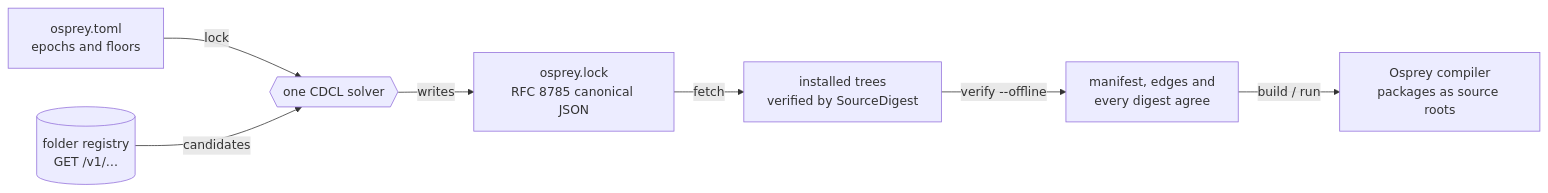
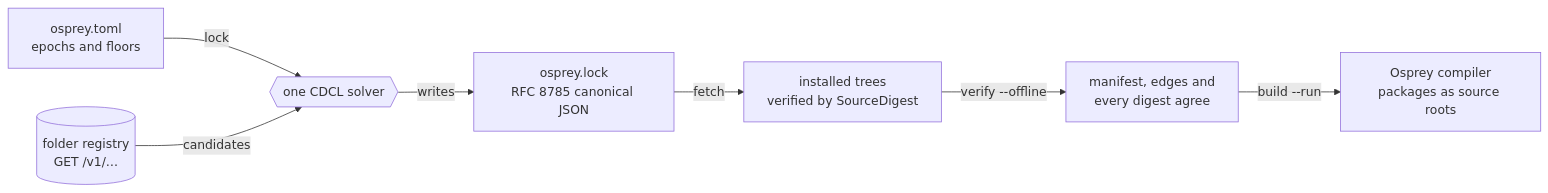
Before and after one commit to Nimblesite/osprey: the diagram in website/src/docs/package-manager.md, drawn with Mermaid. The commit also changed other lines of this file and 20 other files, not shown here.

````diff
--- a/website/src/docs/package-manager.md
+++ b/website/src/docs/package-manager.md
@@ -55,9 +55,9 @@
 ```mermaid
 flowchart LR
   M["osprey.toml<br/>epochs and floors"] -->|lock| S{{"one CDCL solver"}}
   R[("folder registry<br/>GET /v1/…")] -->|candidates| S
   S -->|writes| L["osprey.lock<br/>RFC 8785 canonical JSON"]
   L -->|fetch| P["installed trees<br/>verified by SourceDigest"]
   P -->|verify --offline| V["manifest, edges and<br/>every digest agree"]
-  V -->|build / run| C["Osprey compiler<br/>packages as source roots"]
+  V -->|build --run| C["Osprey compiler<br/>packages as source roots"]
 ```
````
